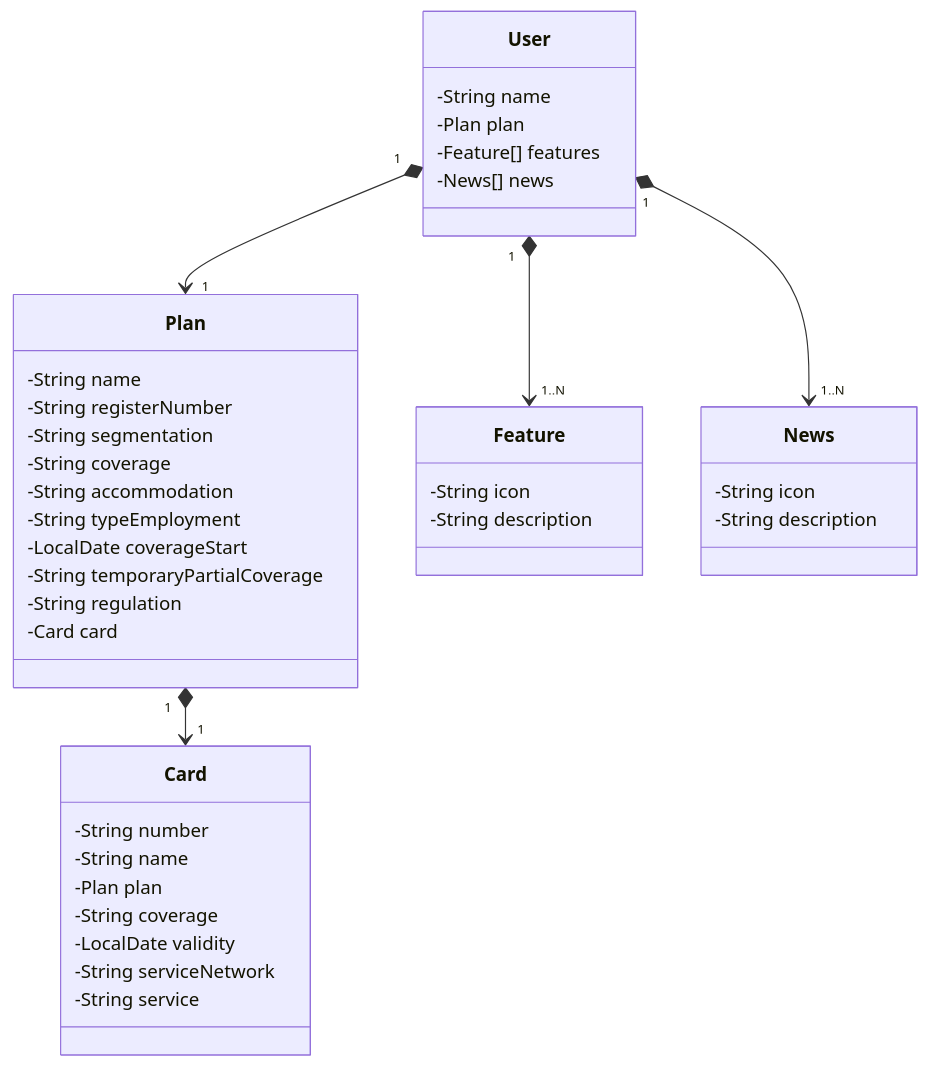
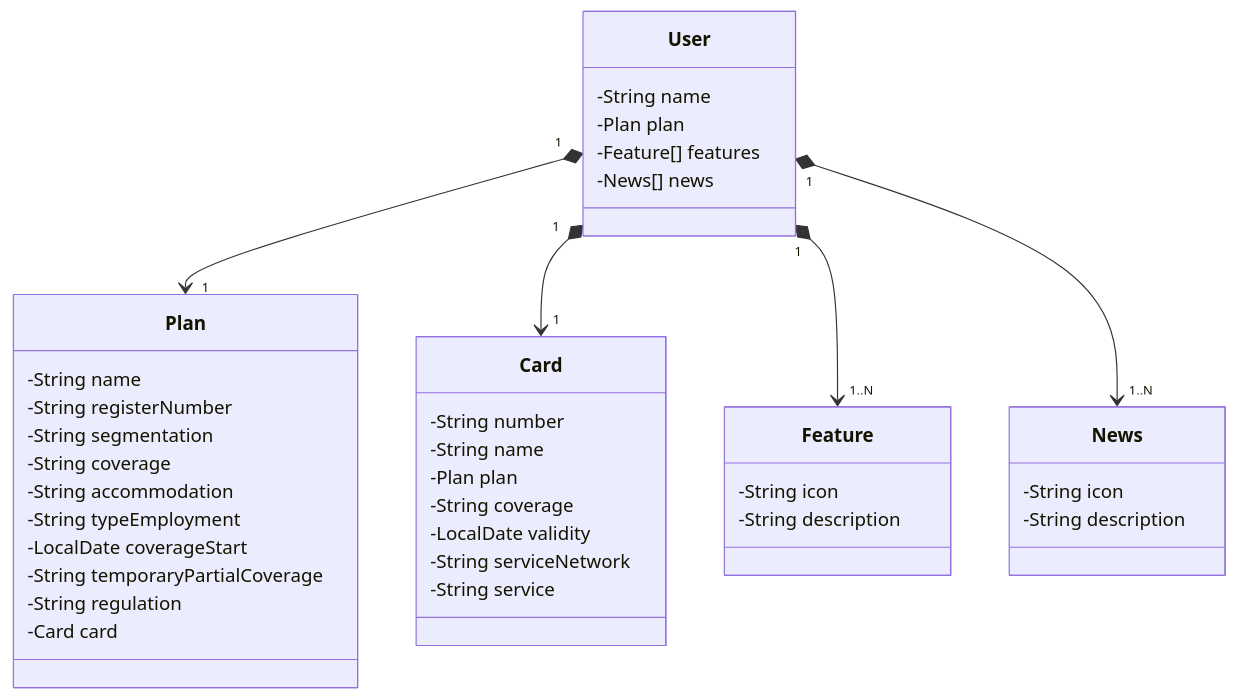
One commit to CarlosEduard0o/api-unimed-desafio changed the diagram in README.md. Above: the diagram before and after it, drawn with Mermaid.

````diff
--- a/README.md
+++ b/README.md
@@ -6,47 +6,47 @@
 ```mermaid
 classDiagram
     class User {
         -String name
         -Plan plan
         -Feature[] features
         -News[] news
     }
 
     class Plan {
         -String name
         -String registerNumber
         -String segmentation
         -String coverage
         -String accommodation
         -String typeEmployment
         -LocalDate coverageStart
         -String temporaryPartialCoverage
         -String regulation
         -Card card
     }
 
     class Card {
         -String number
         -String name
         -Plan plan
         -String coverage
         -LocalDate validity
         -String serviceNetwork
         -String service
     }
 
     class Feature {
         -String icon
         -String description
     }
 
     class News {
         -String icon
         -String description
     }
 
     User "1" *--> "1" Plan
-    Plan "1" *--> "1" Card
+    User "1" *--> "1" Card
     User "1" *--> "1..N" Feature
     User "1" *--> "1..N" News
 ```
````
